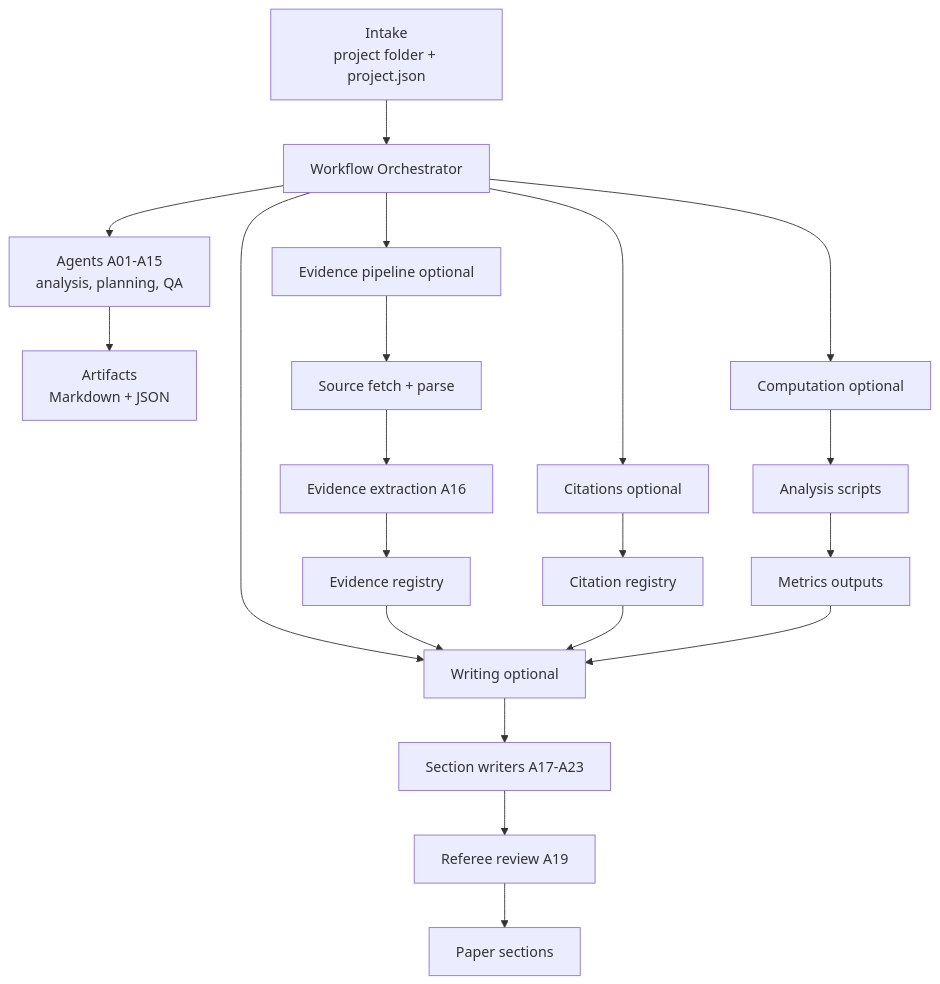
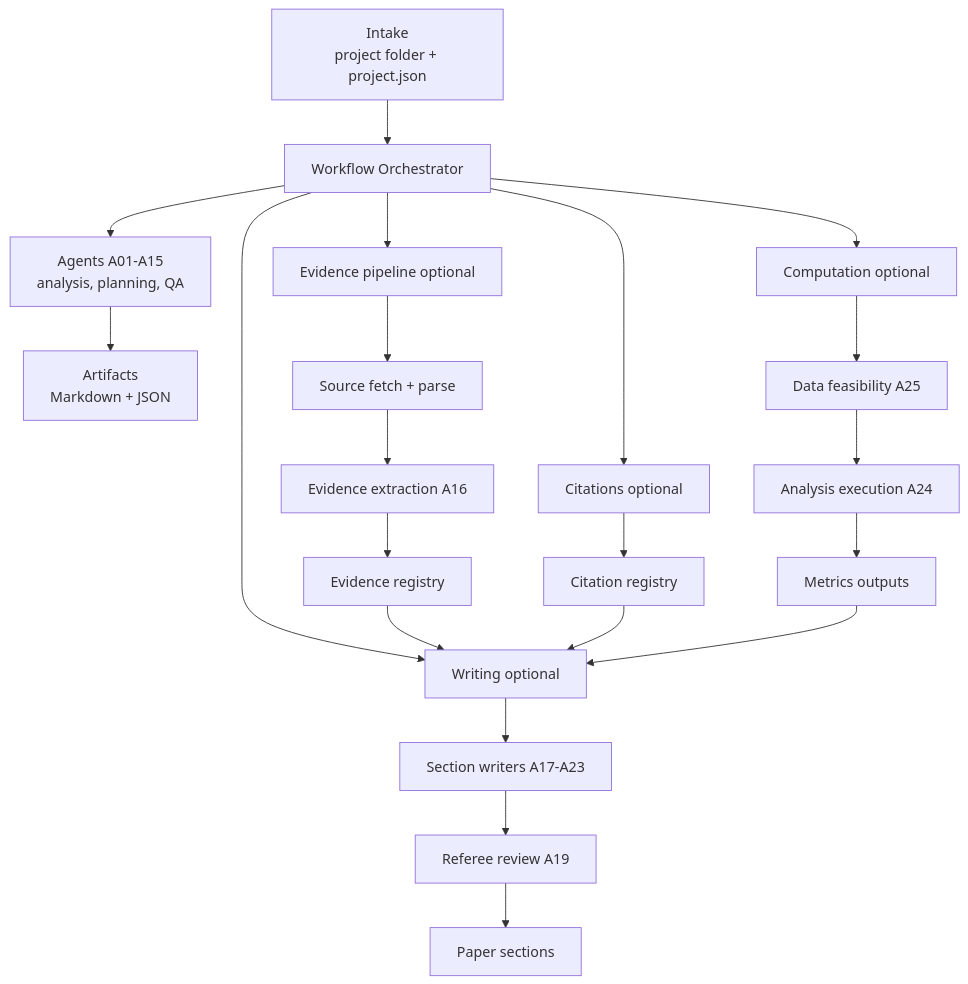
Before and after one commit to giatenica/gia-agentic-short: the diagram in README.md, drawn with Mermaid. The commit also changed other lines of this file and 1 other file, not shown here.

````diff
--- a/README.md
+++ b/README.md
@@ -38,27 +38,28 @@
 ```mermaid
 flowchart TD
   A[Intake<br/>project folder + project.json] --> B[Workflow Orchestrator]
   B --> C[Agents A01-A15<br/>analysis, planning, QA]
   C --> O[Artifacts<br/>Markdown + JSON]
 
   B --> D[Evidence pipeline optional]
   D --> D1[Source fetch + parse]
   D1 --> D2[Evidence extraction A16]
   D2 --> E[Evidence registry]
 
   B --> F[Citations optional]
   F --> F1[Citation registry]
 
   B --> G[Computation optional]
-  G --> G1[Analysis scripts]
-  G1 --> G2[Metrics outputs]
+  G --> G1[Data feasibility A25]
+  G1 --> G2[Analysis execution A24]
+  G2 --> G3[Metrics outputs]
 
   B --> H[Writing optional]
   H --> H1[Section writers A17-A23]
   H1 --> H2[Referee review A19]
   H2 --> P[Paper sections]
 
   E --> H
   F1 --> H
-  G2 --> H
+  G3 --> H
 ```
````
